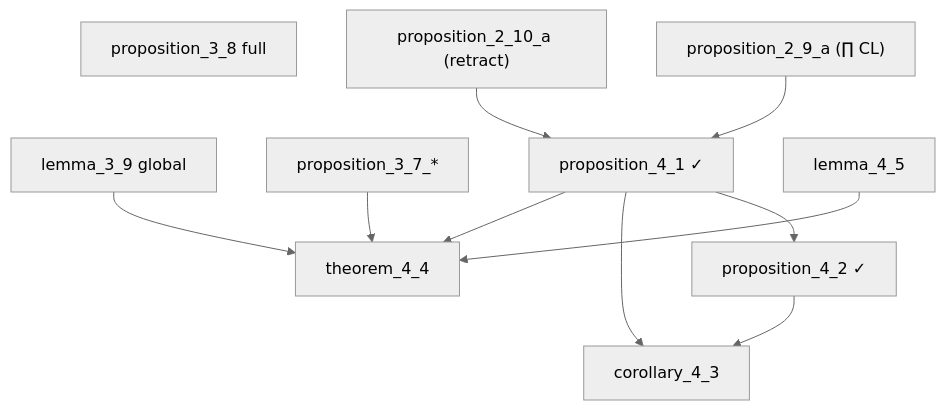
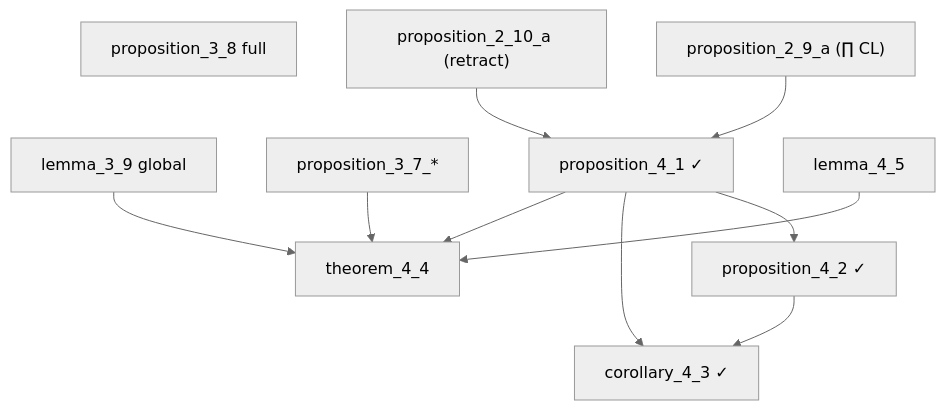
The sixth of 8 diagrams in arxiv.md (catskillsresearch/domain_theory), drawn with Mermaid (neutral theme) before and after one commit. The commit also changed other lines of this file and 2 other files, not shown here.

First line of the commit message:
feat(InverseLimits): complete Corollary 4.3 — establish `D_∞` as the direct limit

````diff
--- a/arxiv.md
+++ b/arxiv.md
@@ -386,23 +386,23 @@
 ```mermaid
 flowchart TD
   P38["proposition_3_8 full"]
   L39["lemma_3_9 global"]
   P37["proposition_3_7_*"]
   P29a["proposition_2_9_a (∏ CL)"]
   P210a["proposition_2_10_a (retract)"]
   P41["proposition_4_1 ✓"]
   P42["proposition_4_2 ✓"]
-  C43["corollary_4_3"]
+  C43["corollary_4_3 ✓"]
   L45["lemma_4_5"]
   T44["theorem_4_4"]
 
   P29a --> P41
   P210a --> P41
   P41 --> P42
   P41 --> C43
   P42 --> C43
   P41 --> T44
   P37 --> T44
   L45 --> T44
   L39 --> T44
 ```
````
